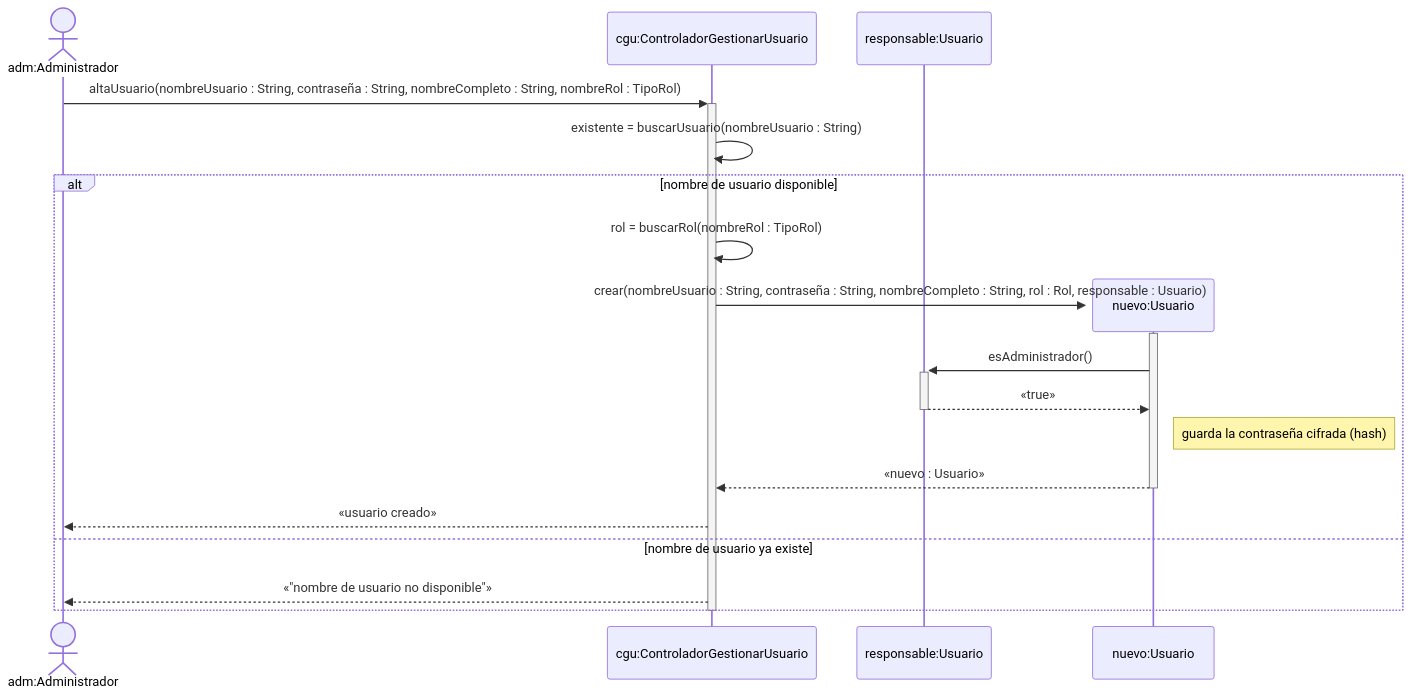
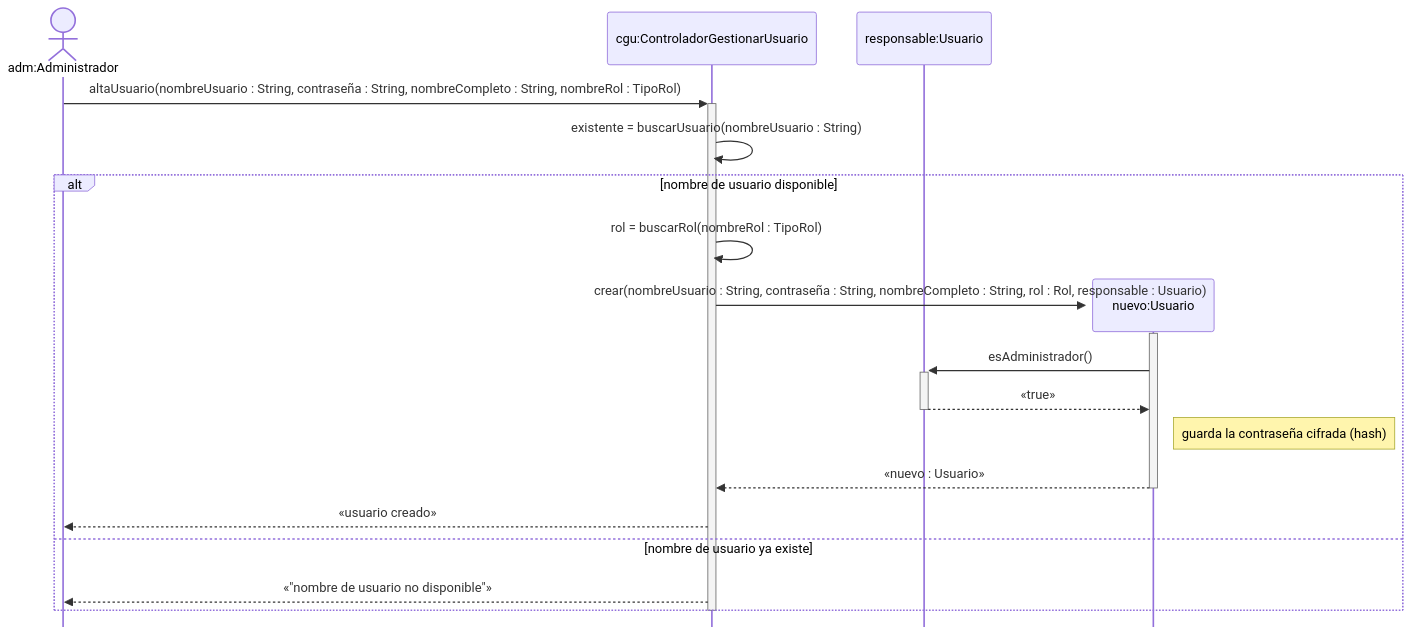
One commit to cirotop/Stock-Project changed the second of 12 diagrams in 08-Diagrama De Secuencia/Diagramas_de_Secuencia.md. Above: the diagram before and after it, drawn with Mermaid. The commit also changed other lines of this file and 2 other files, not shown here.

````diff
--- a/08-Diagrama De Secuencia/Diagramas_de_Secuencia.md
+++ b/08-Diagrama De Secuencia/Diagramas_de_Secuencia.md
@@ -56,22 +56,23 @@
 ```mermaid
+%%{init: {"sequence": {"mirrorActors": false}, "themeCSS": ".loopLine { stroke-dasharray: none !important; stroke-width: 1.5px !important; }"}}%%
 sequenceDiagram
     actor adm as adm:Administrador
     participant cgu as cgu:ControladorGestionarUsuario
     participant resp as responsable:Usuario
 
     adm->>+cgu: altaUsuario(nombreUsuario : String, contraseña : String, nombreCompleto : String, nombreRol : TipoRol)
     cgu->>cgu: existente = buscarUsuario(nombreUsuario : String)
     alt nombre de usuario disponible
         cgu->>cgu: rol = buscarRol(nombreRol : TipoRol)
         create participant nu as nuevo:Usuario
         cgu->>+nu: crear(nombreUsuario : String, contraseña : String, nombreCompleto : String, rol : Rol, responsable : Usuario)
         nu->>+resp: esAdministrador()
         resp-->>-nu: «true»
         Note right of nu: guarda la contraseña cifrada (hash)
         nu-->>-cgu: «nuevo : Usuario»
         cgu-->>adm: «usuario creado»
     else nombre de usuario ya existe
         cgu-->>adm: «"nombre de usuario no disponible"»
     end
     deactivate cgu
 ```
````
